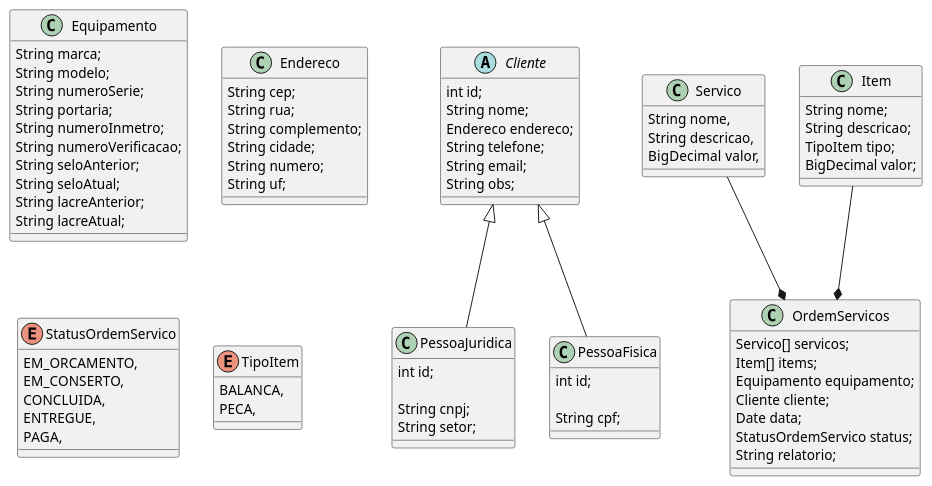
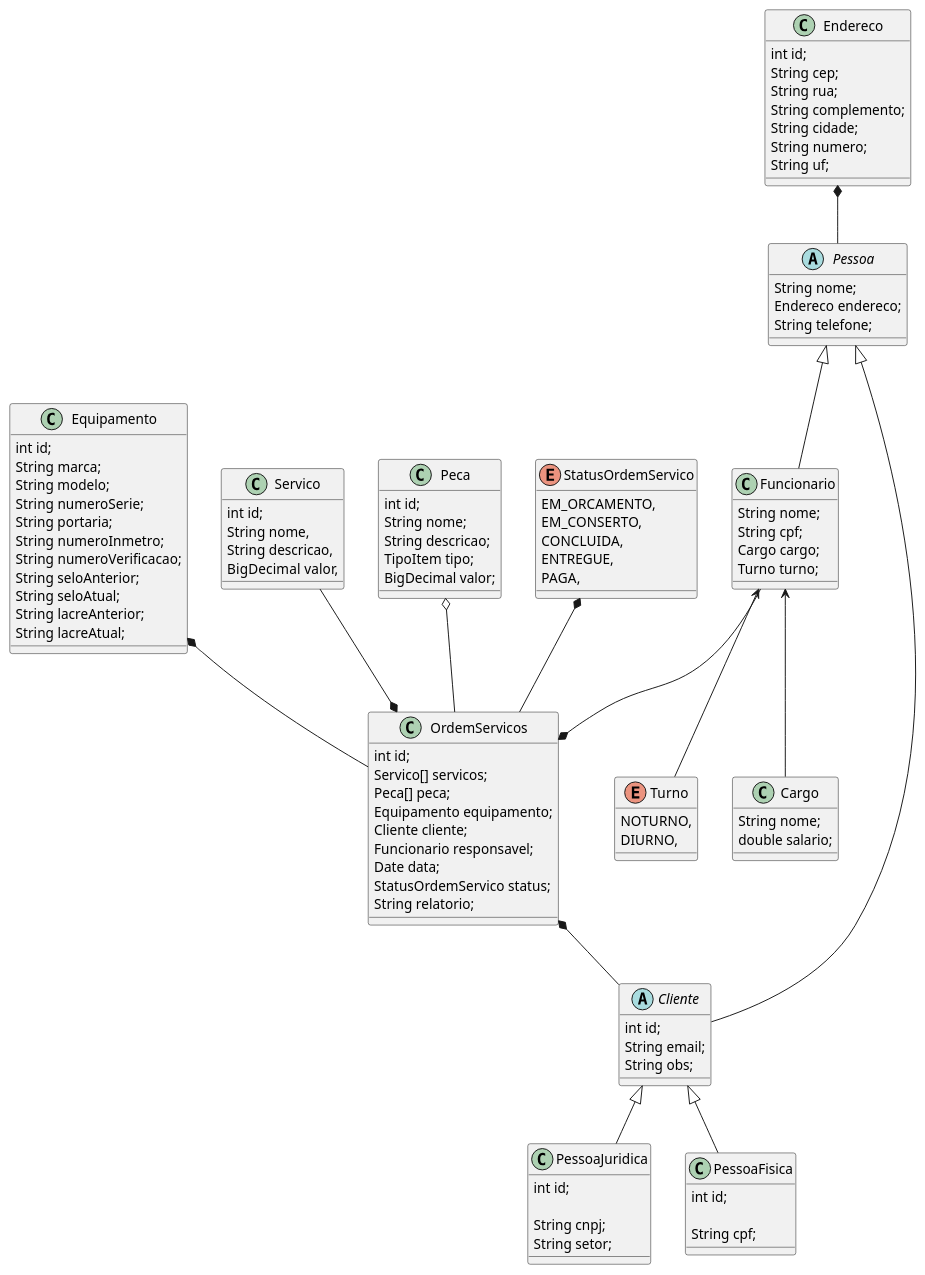
The diagram in diagramas/class-diagram.puml (CS-PI-2026-Argonautas/docs), drawn with PlantUML before and after one commit.

Commit message:
feat(class-diagram): added classes funcionari and pessoa

```diff
--- a/diagramas/class-diagram.puml
+++ b/diagramas/class-diagram.puml
@@ -1,89 +1,125 @@
 @startuml class
+
+abstract class Pessoa{
+  String nome;
+  Endereco endereco;
+  String telefone;
+}
+
+class Funcionario{
+
+  String nome;
+  String cpf;
+  Cargo cargo;
+  Turno turno;
+
+}
+
+enum Turno{
+  NOTURNO,
+  DIURNO,
+}
+
+class Cargo{
+  String nome;
+  double salario;
+}
 
 abstract class Cliente{
   int id;
-  String nome;
-  Endereco endereco;
-  String telefone;
   String email;
   String obs;
 
 }
 
 class PessoaJuridica {
   int id;
   
   String cnpj;
   String setor;
 }
 
 class PessoaFisica{
   int id;
 
   String cpf;
 }
 
 class OrdemServicos{
+  int id;
   Servico[] servicos;
-  Item[] items;
+  Peca[] peca;
   Equipamento equipamento;
   Cliente cliente;
+  Funcionario responsavel;
   Date data;
   StatusOrdemServico status;
   String relatorio;
 }
 
 class Equipamento {
+  int id;
   String marca;
   String modelo;
   String numeroSerie;
   String portaria;
   String numeroInmetro;
   String numeroVerificacao;
   String seloAnterior;
   String seloAtual;
   String lacreAnterior;
   String lacreAtual;
 }
 
 class Endereco {
+  int id;
   String cep;
   String rua;
   String complemento;
   String cidade;
   String numero;
   String uf;
 }
 
 class Servico{
+  int id;
   String nome,
   String descricao,
   BigDecimal valor,
 }
 
-class Item{
+class Peca{
+  int id;
   String nome;
   String descricao;
   TipoItem tipo;
   BigDecimal valor;
 }
 
 enum StatusOrdemServico {
   EM_ORCAMENTO, 
   EM_CONSERTO,
   CONCLUIDA,
   ENTREGUE,
   PAGA,
 }
 
-enum TipoItem {
-  BALANCA,
-  PECA,
-}
-
 Cliente <|-- PessoaFisica
 Cliente <|-- PessoaJuridica
 Servico --* OrdemServicos
-Item --* OrdemServicos
+Funcionario --* OrdemServicos
+
+Funcionario <-- Turno
+Funcionario <-- Cargo
+
+Equipamento *-- OrdemServicos
+StatusOrdemServico *-- OrdemServicos
+Endereco *-- Pessoa
+Peca o-- OrdemServicos
+
+OrdemServicos *-- Cliente
+
+Pessoa <|-- Funcionario
+Cliente --|> Pessoa
 
 @enduml
```
